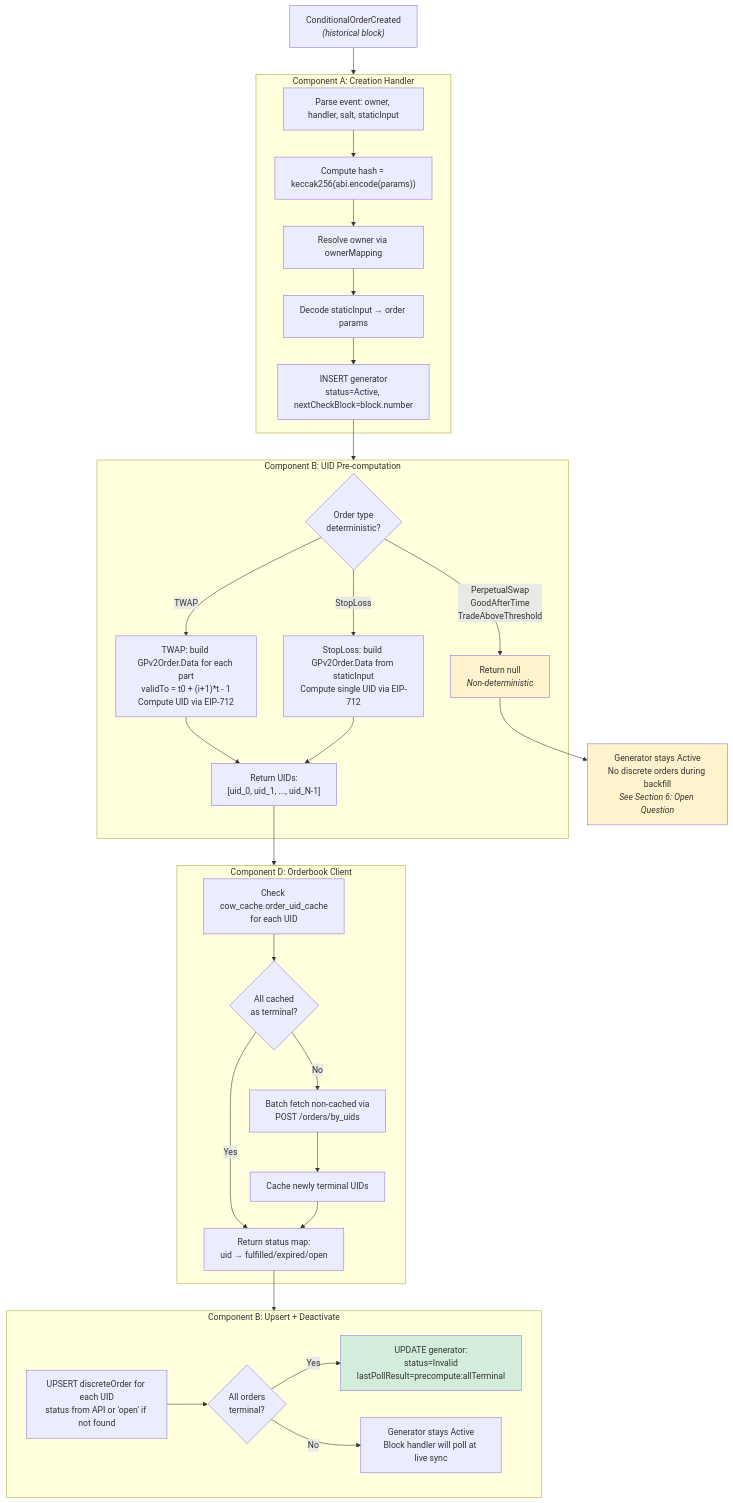
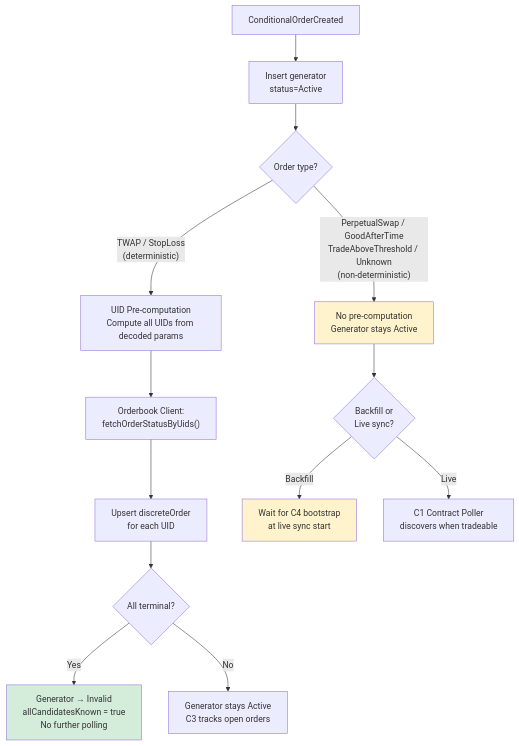
The second of 7 diagrams in agent_docs/m3-orderbook-integration-flow.md (bleu/cow-programmatic-orders-api), drawn with Mermaid before and after one commit. The commit also changed other lines of this file, not shown here.

Commit message:
chore: rewritten flow doc with the new architecture

````diff
--- a/agent_docs/m3-orderbook-integration-flow.md
+++ b/agent_docs/m3-orderbook-integration-flow.md
@@ -478,56 +434,23 @@
 ```mermaid
 flowchart TD
-    E["ConditionalOrderCreated<br/><i>(historical block)</i>"] --> A
+    E["ConditionalOrderCreated"] --> Insert["Insert generator<br/>status=Active"]
 
-    subgraph A["Component A: Creation Handler"]
-        A1["Parse event: owner, handler, salt, staticInput"]
-        A2["Compute hash = keccak256(abi.encode(params))"]
-        A3["Resolve owner via ownerMapping"]
-        A4["Decode staticInput → order params"]
-        A5["INSERT generator<br/>status=Active, nextCheckBlock=block.number"]
-        A1 --> A2 --> A3 --> A4 --> A5
-    end
+    Insert --> Check{"Order type?"}
 
-    A5 --> B
+    Check -->|"TWAP / StopLoss<br/>(deterministic)"| Pre["UID Pre-computation<br/>Compute all UIDs from decoded params"]
+    Check -->|"PerpetualSwap / GoodAfterTime<br/>TradeAboveThreshold / Unknown<br/>(non-deterministic)"| Skip["No pre-computation<br/>Generator stays Active"]
 
-    subgraph B["Component B: UID Pre-computation"]
-        B1{"Order type<br/>deterministic?"}
-        B2["TWAP: build GPv2Order.Data for each part<br/>validTo = t0 + (i+1)*t - 1<br/>Compute UID via EIP-712"]
-        B3["StopLoss: build GPv2Order.Data from staticInput<br/>Compute single UID via EIP-712"]
-        B4["Return UIDs:<br/>[uid_0, uid_1, ..., uid_N-1]"]
-        B1 -->|TWAP| B2 --> B4
-        B1 -->|StopLoss| B3 --> B4
-        B1 -->|PerpetualSwap<br/>GoodAfterTime<br/>TradeAboveThreshold| BNull["Return null<br/><i>Non-deterministic</i>"]
-    end
+    Pre --> API["Orderbook Client:<br/>fetchOrderStatusByUids()"]
+    API --> Upsert["Upsert discreteOrder<br/>for each UID"]
+    Upsert --> Term{"All terminal?"}
+    Term -->|Yes| Deactivate["Generator → Invalid<br/>allCandidatesKnown = true<br/>No further polling"]
+    Term -->|No| Active["Generator stays Active<br/>C3 tracks open orders"]
 
-    B4 --> D
+    Skip --> BackfillQ{"Backfill or<br/>Live sync?"}
+    BackfillQ -->|Backfill| Wait["Wait for C4 bootstrap<br/>at live sync start"]
+    BackfillQ -->|Live| Poll["C1 Contract Poller<br/>discovers when tradeable"]
 
-    subgraph D["Component D: Orderbook Client"]
-        D1["Check cow_cache.order_uid_cache<br/>for each UID"]
-        D2{"All cached<br/>as terminal?"}
-        D3["Batch fetch non-cached via<br/>POST /orders/by_uids"]
-        D4["Cache newly terminal UIDs"]
-        D5["Return status map:<br/>uid → fulfilled/expired/open"]
-        D1 --> D2
-        D2 -->|Yes| D5
-        D2 -->|No| D3 --> D4 --> D5
-    end
-
-    D5 --> BU
-
-    subgraph BU["Component B: Upsert + Deactivate"]
-        BU1["UPSERT discreteOrder for each UID<br/>status from API or 'open' if not found"]
-        BU2{"All orders<br/>terminal?"}
-        BU3["UPDATE generator:<br/>status=Invalid<br/>lastPollResult=precompute:allTerminal"]
-        BU4["Generator stays Active<br/>Block handler will poll at live sync"]
-        BU1 --> BU2
-        BU2 -->|Yes| BU3
-        BU2 -->|No| BU4
-    end
-
-    BNull --> Skip["Generator stays Active<br/>No discrete orders during backfill<br/><i>See Section 6: Open Question</i>"]
-
-    style BNull fill:#fff3cd
+    style Deactivate fill:#d4edda
     style Skip fill:#fff3cd
-    style BU3 fill:#d4edda
+    style Wait fill:#fff3cd
 ```
````
